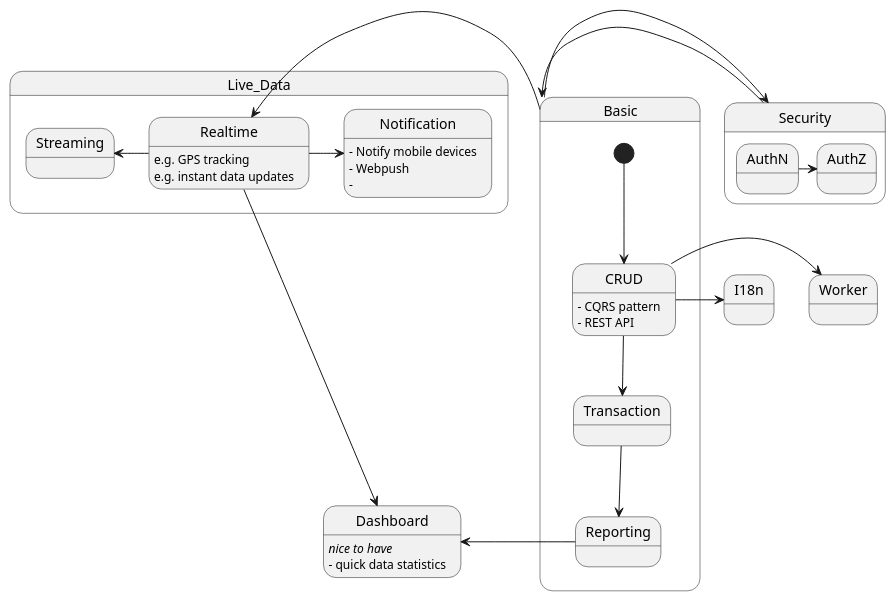
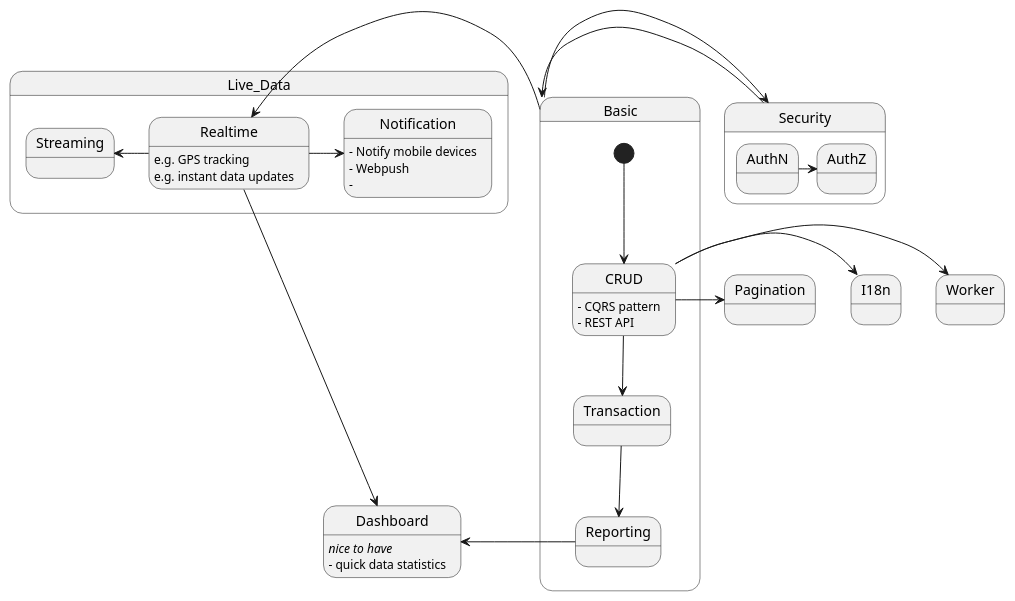
The diagram in common-umls/pathways.wsd (monkeydj/feon-feeder), drawn with PlantUML before and after one commit.

Commit message:
pathways.wsd edited online with Bitbucket

```diff
--- a/common-umls/pathways.wsd
+++ b/common-umls/pathways.wsd
@@ -1,47 +1,45 @@
 @startuml
-
-' hide empty description
 
 state Security {
     AuthN -> AuthZ
 }
 
 state Basic {
     [*] --> CRUD
     CRUD -down-> Transaction
     Transaction -down-> Reporting
 }
 
 state Live_Data {
     Realtime -> Notification
     Realtime -left-> Streaming
 }
 
 Security -left> Basic
 Basic -> Security
 
+CRUD -> Pagination
 CRUD -> I18n
 CRUD -> Worker
-
 
 Basic -> Realtime
 
 Reporting -> Dashboard
 Realtime -> Dashboard
 
 ' problem descriptions
 
 CRUD : - CQRS pattern
 CRUD : - REST API
 
 Realtime : e.g. GPS tracking
 Realtime : e.g. instant data updates 
 
 Notification : - Notify mobile devices
 Notification : - Webpush
 Notification : - 
 
 Dashboard : <i>nice to have</i>
 Dashboard : - quick data statistics
 
 @enduml
```
